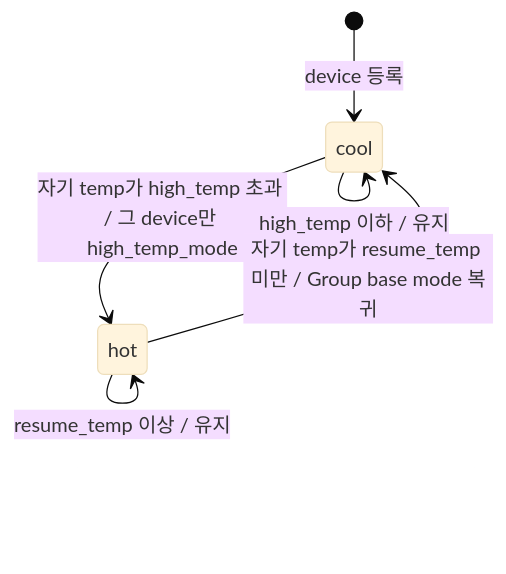
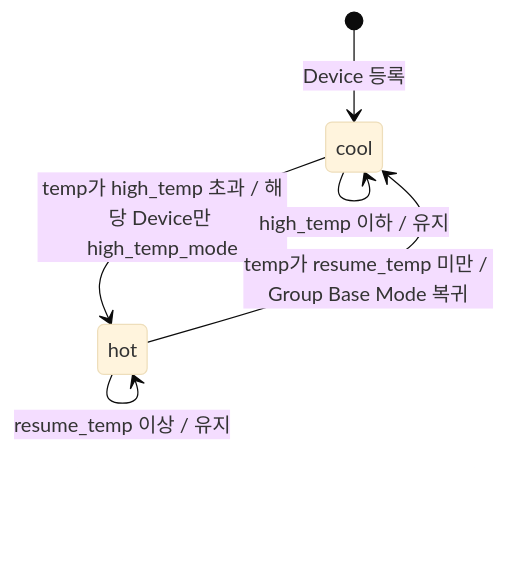
The fourth of 8 diagrams in docs/ARCHITECTURE.md (dnlfis42/ddcs), drawn with Mermaid (base theme) before and after one commit. The commit also changed other lines of this file and 8 other files, not shown here.

````diff
--- a/docs/ARCHITECTURE.md
+++ b/docs/ARCHITECTURE.md
@@ -256,8 +255,8 @@
 ```mermaid
 stateDiagram-v2
-  [*] --> cool : device 등록
-  cool --> hot : 자기 temp가 high_temp 초과 / 그 device만 high_temp_mode
-  hot --> cool : 자기 temp가 resume_temp 미만 / Group base mode 복귀
+  [*] --> cool : Device 등록
+  cool --> hot : temp가 high_temp 초과 / 해당 Device만 high_temp_mode
+  hot --> cool : temp가 resume_temp 미만 / Group Base Mode 복귀
   hot --> hot : resume_temp 이상 / 유지
   cool --> cool : high_temp 이하 / 유지
 ```
````
